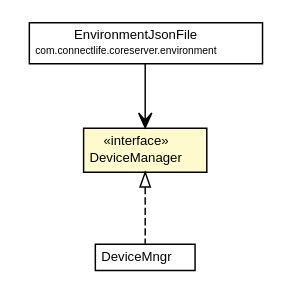
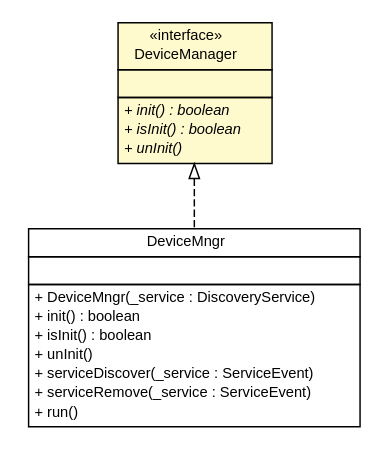
Before and after one commit to ericpinet/ConnectLife: the diagram in javadoc/coreserver/com/connectlife/coreserver/environment/device/DeviceManager.dot, drawn with Graphviz. The commit also changed 432 other files, not shown here.

```diff
--- a/javadoc/coreserver/com/connectlife/coreserver/environment/device/DeviceManager.dot
+++ b/javadoc/coreserver/com/connectlife/coreserver/environment/device/DeviceManager.dot
@@ -1,36 +1,47 @@
 #!/usr/local/bin/dot
 #
 # Class diagram 
 # Generated by UMLGraph version 5.1 (http://www.umlgraph.org/)
 #
 
 digraph G {
 	edge [fontname="Helvetica",fontsize=10,labelfontname="Helvetica",labelfontsize=10];
 	node [fontname="Helvetica",fontsize=10,shape=plaintext];
 	nodesep=0.25;
 	ranksep=0.5;
-	// com.connectlife.coreserver.environment.EnvironmentJsonFile
-	c1513 [label=<<table title="com.connectlife.coreserver.environment.EnvironmentJsonFile" border="0" cellborder="1" cellspacing="0" cellpadding="2" port="p" href="../EnvironmentJsonFile.html">
-		<tr><td><table border="0" cellspacing="0" cellpadding="1">
-<tr><td align="center" balign="center"> EnvironmentJsonFile </td></tr>
-<tr><td align="center" balign="center"><font point-size="7.0"> com.connectlife.coreserver.environment </font></td></tr>
-		</table></td></tr>
-		</table>>, fontname="Helvetica", fontcolor="black", fontsize=9.0];
 	// com.connectlife.coreserver.environment.device.DeviceManager
-	c1518 [label=<<table title="com.connectlife.coreserver.environment.device.DeviceManager" border="0" cellborder="1" cellspacing="0" cellpadding="2" port="p" bgcolor="lemonChiffon" href="./DeviceManager.html">
+	c1390 [label=<<table title="com.connectlife.coreserver.environment.device.DeviceManager" border="0" cellborder="1" cellspacing="0" cellpadding="2" port="p" bgcolor="lemonChiffon" href="./DeviceManager.html">
 		<tr><td><table border="0" cellspacing="0" cellpadding="1">
 <tr><td align="center" balign="center"> &#171;interface&#187; </td></tr>
 <tr><td align="center" balign="center"> DeviceManager </td></tr>
 		</table></td></tr>
-		</table>>, fontname="Helvetica", fontcolor="black", fontsize=9.0];
+		<tr><td><table border="0" cellspacing="0" cellpadding="1">
+<tr><td align="left" balign="left">  </td></tr>
+		</table></td></tr>
+		<tr><td><table border="0" cellspacing="0" cellpadding="1">
+<tr><td align="left" balign="left"><font face="Helvetica-Oblique" point-size="10.0"> + init() : boolean </font></td></tr>
+<tr><td align="left" balign="left"><font face="Helvetica-Oblique" point-size="10.0"> + isInit() : boolean </font></td></tr>
+<tr><td align="left" balign="left"><font face="Helvetica-Oblique" point-size="10.0"> + unInit() </font></td></tr>
+		</table></td></tr>
+		</table>>, fontname="Helvetica", fontcolor="black", fontsize=10.0];
 	// com.connectlife.coreserver.environment.device.DeviceMngr
-	c1519 [label=<<table title="com.connectlife.coreserver.environment.device.DeviceMngr" border="0" cellborder="1" cellspacing="0" cellpadding="2" port="p" href="./DeviceMngr.html">
+	c1391 [label=<<table title="com.connectlife.coreserver.environment.device.DeviceMngr" border="0" cellborder="1" cellspacing="0" cellpadding="2" port="p" href="./DeviceMngr.html">
 		<tr><td><table border="0" cellspacing="0" cellpadding="1">
 <tr><td align="center" balign="center"> DeviceMngr </td></tr>
 		</table></td></tr>
-		</table>>, fontname="Helvetica", fontcolor="black", fontsize=9.0];
+		<tr><td><table border="0" cellspacing="0" cellpadding="1">
+<tr><td align="left" balign="left">  </td></tr>
+		</table></td></tr>
+		<tr><td><table border="0" cellspacing="0" cellpadding="1">
+<tr><td align="left" balign="left"> + DeviceMngr(_service : DiscoveryService) </td></tr>
+<tr><td align="left" balign="left"> + init() : boolean </td></tr>
+<tr><td align="left" balign="left"> + isInit() : boolean </td></tr>
+<tr><td align="left" balign="left"> + unInit() </td></tr>
+<tr><td align="left" balign="left"> + serviceDiscover(_service : ServiceEvent) </td></tr>
+<tr><td align="left" balign="left"> + serviceRemove(_service : ServiceEvent) </td></tr>
+<tr><td align="left" balign="left"> + run() </td></tr>
+		</table></td></tr>
+		</table>>, fontname="Helvetica", fontcolor="black", fontsize=10.0];
 	//com.connectlife.coreserver.environment.device.DeviceMngr implements com.connectlife.coreserver.environment.device.DeviceManager
-	c1518:p -> c1519:p [dir=back,arrowtail=empty,style=dashed];
-	// com.connectlife.coreserver.environment.EnvironmentJsonFile NAVASSOC com.connectlife.coreserver.environment.device.DeviceManager
-	c1513:p -> c1518:p [taillabel="", label="", headlabel="", fontname="Helvetica", fontcolor="black", fontsize=10.0, color="black", arrowhead=open];
+	c1390:p -> c1391:p [dir=back,arrowtail=empty,style=dashed];
 }
```
